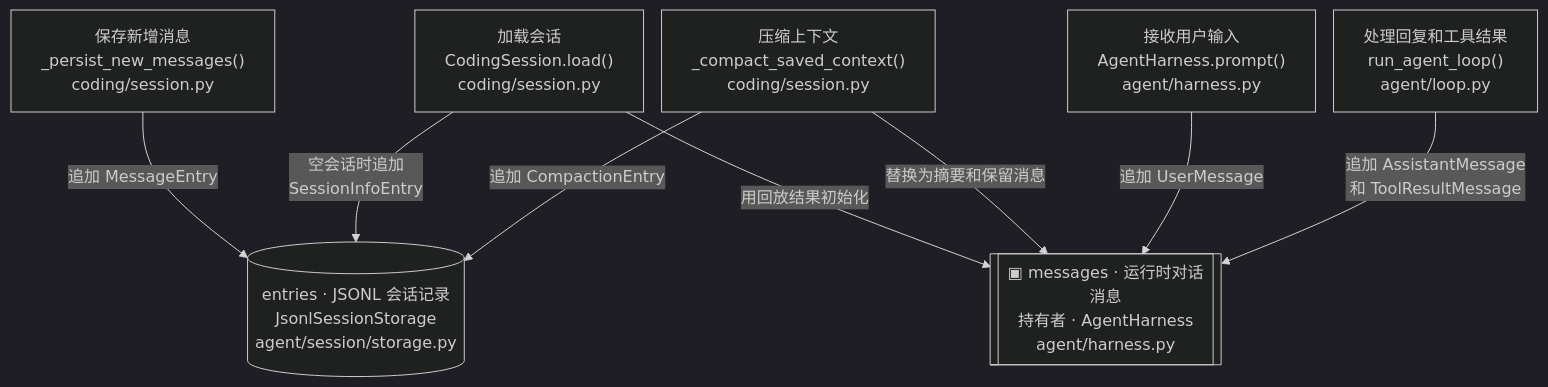
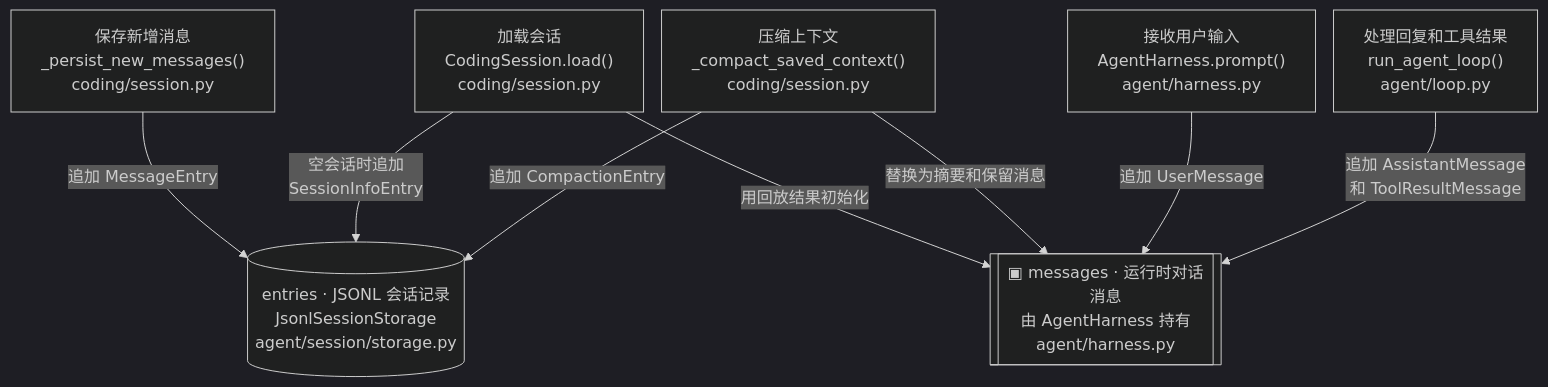
The second of 3 diagrams in README.md (Beichenqwq/diragent), drawn with Mermaid (dark theme) before and after one commit. The commit also changed other lines of this file, not shown here.

````diff
--- a/README.md
+++ b/README.md
@@ -73,21 +97,21 @@
 ```mermaid
 %%{init: {"flowchart": {"nodeSpacing": 18, "rankSpacing": 82}}}%%
 flowchart TB
     Save["保存新增消息<br/>_persist_new_messages()<br/>coding/session.py"]
     Load["加载会话<br/>CodingSession.load()<br/>coding/session.py"]
     Compact["压缩上下文<br/>_compact_saved_context()<br/>coding/session.py"]
     Prompt["接收用户输入<br/>AgentHarness.prompt()<br/>agent/harness.py"]
     Loop["处理回复和工具结果<br/>run_agent_loop()<br/>agent/loop.py"]
 
     Entries[("entries · JSONL 会话记录<br/>JsonlSessionStorage<br/>agent/session/storage.py")]
-    Messages[["▣ messages · 运行时对话消息<br/>持有者 · AgentHarness<br/>agent/harness.py"]]
+    Messages[["▣ messages · 运行时对话消息<br/>由 AgentHarness 持有<br/>agent/harness.py"]]
 
     Save -->|"追加 MessageEntry"| Entries
     Load -->|"空会话时追加<br/>SessionInfoEntry"| Entries
     Compact -->|"追加 CompactionEntry"| Entries
 
     Load -->|"用回放结果初始化"| Messages
     Compact -->|"替换为摘要和保留消息"| Messages
     Prompt -->|"追加 UserMessage"| Messages
     Loop -->|"追加 AssistantMessage<br/>和 ToolResultMessage"| Messages
 ```
````
